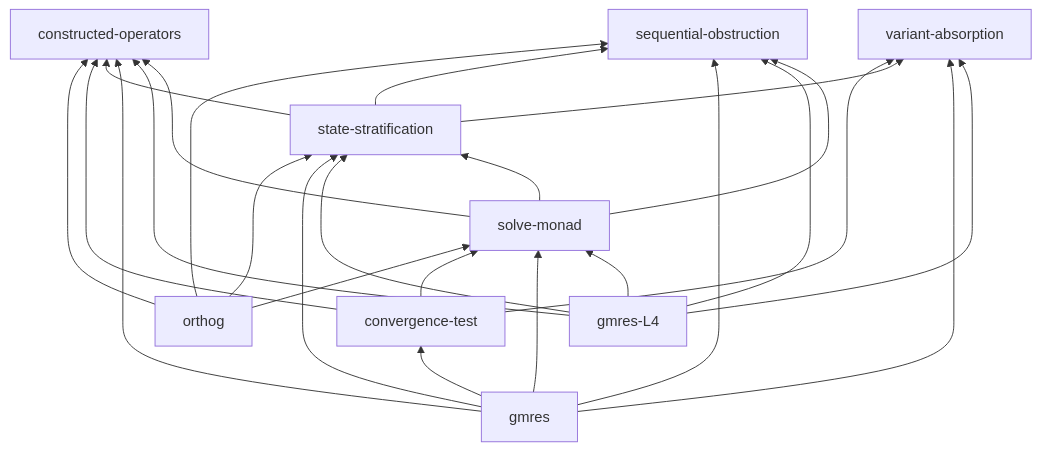
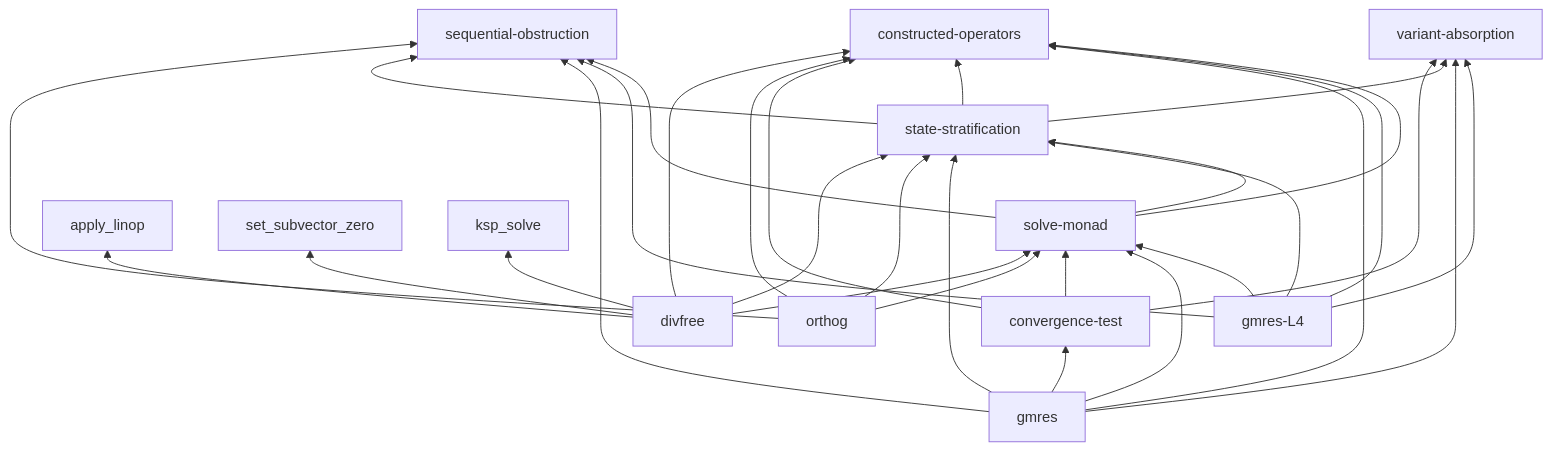
Before and after one commit to crutcher/palace_whiteroom: the fifth of 5 diagrams in book/src/concepts/dependency-map.md, drawn with Mermaid. The commit also changed 5 other files, not shown here.

````diff
--- a/book/src/concepts/dependency-map.md
+++ b/book/src/concepts/dependency-map.md
@@ -142,27 +142,33 @@
 ```mermaid
 graph BT
   solve-monad --> state-stratification
   solve-monad --> constructed-operators
   solve-monad --> sequential-obstruction
   gmres-L4 --> state-stratification
   gmres-L4 --> solve-monad
   gmres-L4 --> constructed-operators
   gmres-L4 --> variant-absorption
   gmres-L4 --> sequential-obstruction
   gmres --> state-stratification
   gmres --> solve-monad
   gmres --> constructed-operators
   gmres --> variant-absorption
   gmres --> sequential-obstruction
   state-stratification --> constructed-operators
   state-stratification --> variant-absorption
   state-stratification --> sequential-obstruction
   convergence-test --> constructed-operators
   convergence-test --> variant-absorption
   convergence-test --> solve-monad
   gmres --> convergence-test
   orthog --> state-stratification
   orthog --> solve-monad
   orthog --> constructed-operators
   orthog --> sequential-obstruction
+  divfree --> solve-monad
+  divfree --> state-stratification
+  divfree --> constructed-operators
+  divfree --> apply_linop
+  divfree --> set_subvector_zero
+  divfree --> ksp_solve
 ```
````
